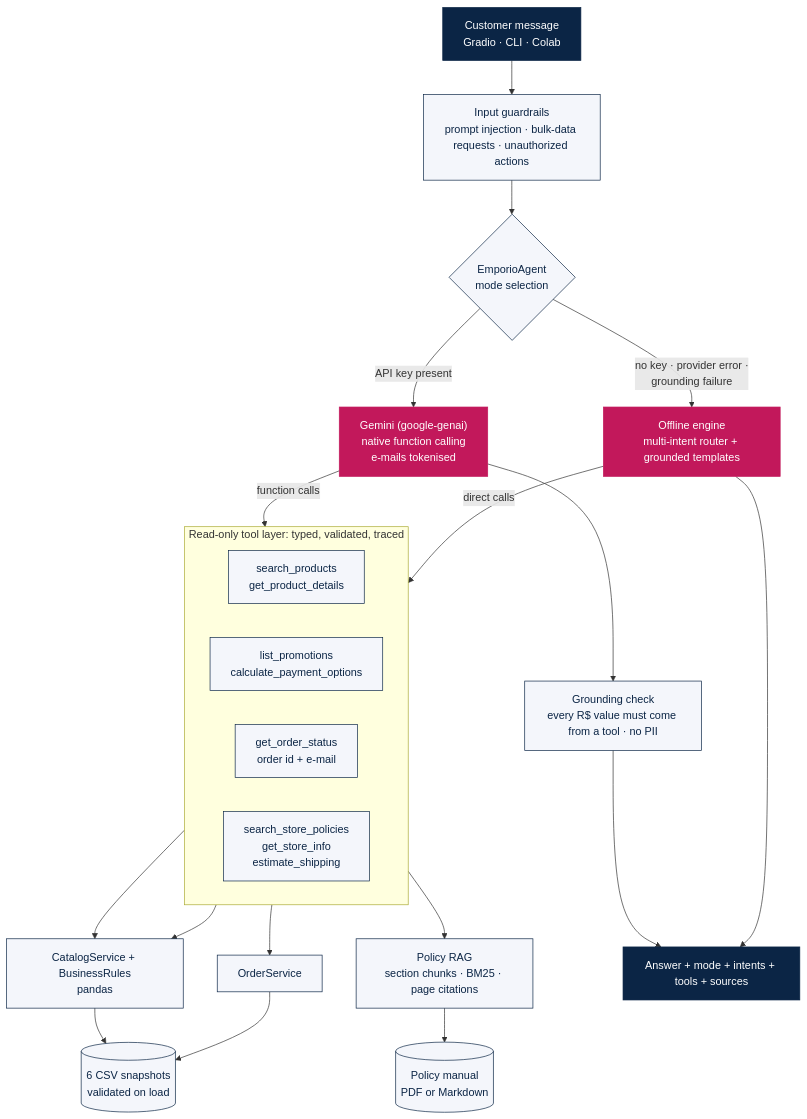
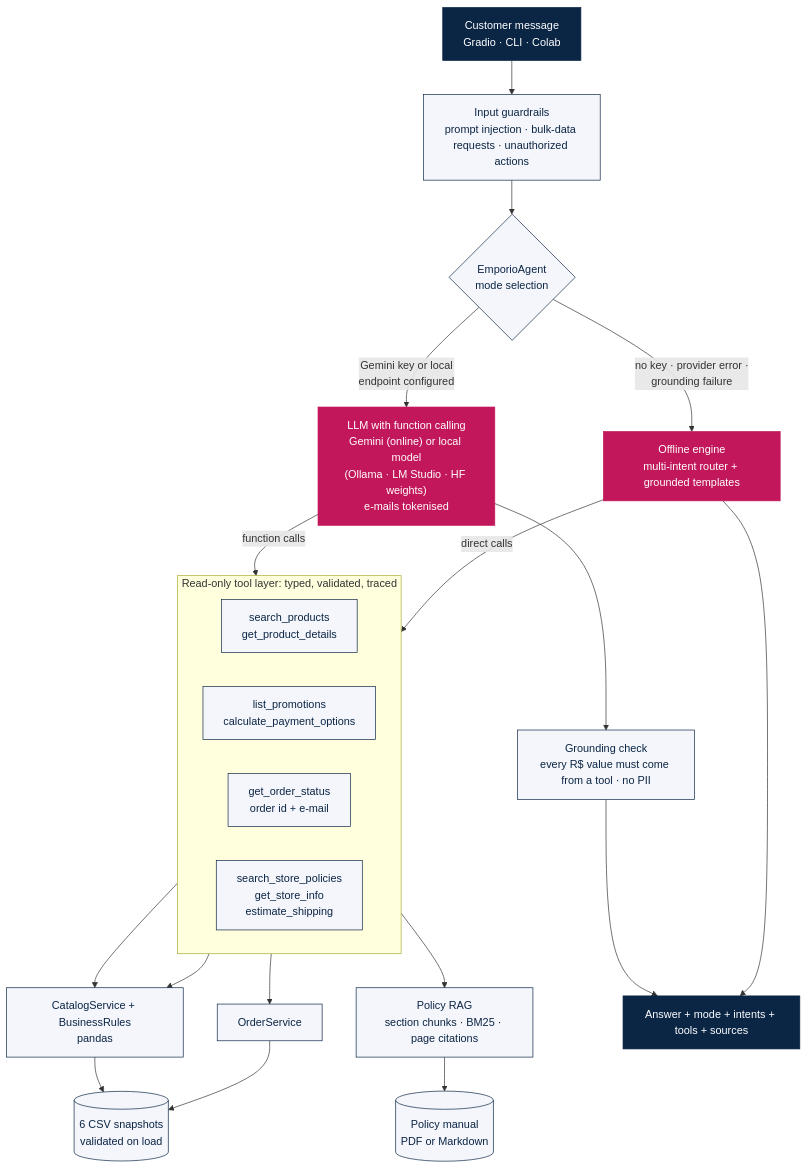
The diagram in docs/assets/architecture.mmd (ViniciusKanh/emporio-da-musica-ai-agent), drawn with Mermaid before and after one commit. The commit also changed 5 other files, not shown here.

```diff
--- a/docs/assets/architecture.mmd
+++ b/docs/assets/architecture.mmd
@@ -1,30 +1,30 @@
 flowchart TB
     U["Customer message<br/>Gradio · CLI · Colab"] --> G["Input guardrails<br/>prompt injection · bulk-data requests · unauthorized actions"]
     G --> A{"EmporioAgent<br/>mode selection"}
-    A -- "API key present" --> L["Gemini (google-genai)<br/>native function calling<br/>e-mails tokenised"]
+    A -- "Gemini key or local<br/>endpoint configured" --> L["LLM with function calling<br/>Gemini (online) or local model<br/>(Ollama · LM Studio · HF weights)<br/>e-mails tokenised"]
     A -- "no key · provider error ·<br/>grounding failure" --> O["Offline engine<br/>multi-intent router + grounded templates"]
     L -- "function calls" --> T
     O -- "direct calls" --> T
     subgraph T["Read-only tool layer: typed, validated, traced"]
         direction LR
         T1["search_products<br/>get_product_details"]
         T2["list_promotions<br/>calculate_payment_options"]
         T3["get_order_status<br/>order id + e-mail"]
         T4["search_store_policies<br/>get_store_info<br/>estimate_shipping"]
     end
     T1 --> C["CatalogService + BusinessRules<br/>pandas"]
     T2 --> C
     T3 --> OS["OrderService"]
     T4 --> K["Policy RAG<br/>section chunks · BM25 · page citations"]
     C --> D[("6 CSV snapshots<br/>validated on load")]
     OS --> D
     K --> P[("Policy manual<br/>PDF or Markdown")]
     L --> V["Grounding check<br/>every R$ value must come from a tool · no PII"]
     V --> R["Answer + mode + intents + tools + sources"]
     O --> R
     classDef navy fill:#0b2545,stroke:#0b2545,color:#ffffff
     classDef magenta fill:#c2185b,stroke:#c2185b,color:#ffffff
     classDef light fill:#f4f6fb,stroke:#0b2545,color:#0b2545
     class U,R navy
     class L,O magenta
     class G,A,V,C,OS,K,T1,T2,T3,T4,D,P light
```
